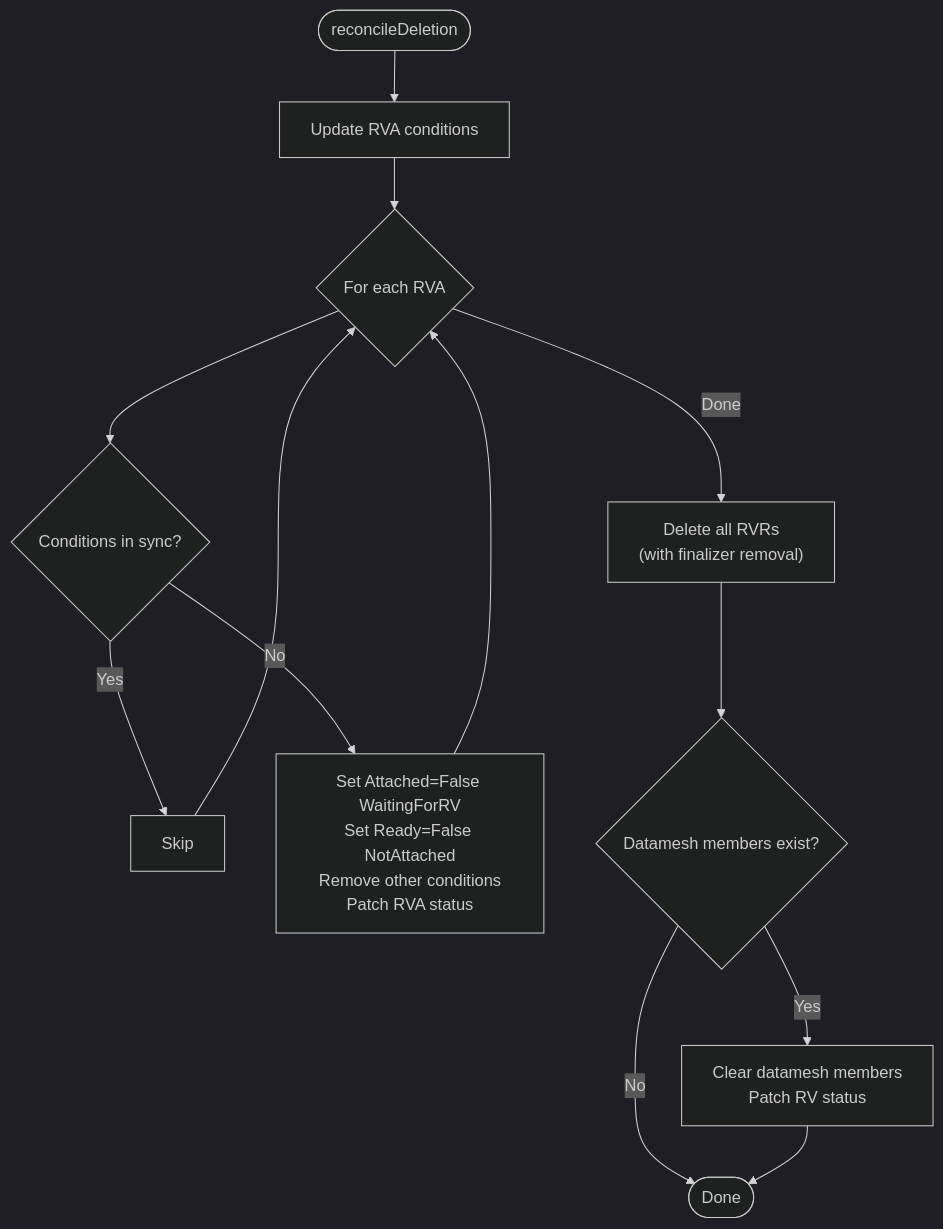
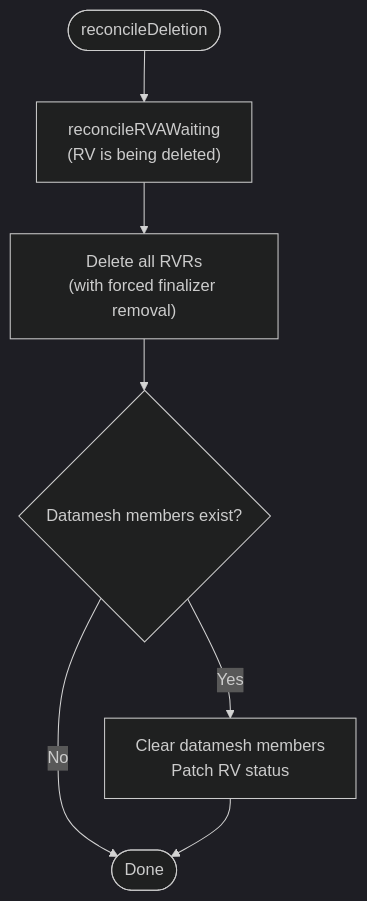
One commit to deckhouse/sds-replicated-volume changed the third of 13 diagrams in images/controller/internal/controllers/rv_controller/README.md. Above: the diagram before and after it, drawn with Mermaid (dark theme). The commit also changed other lines of this file and 79 other files, not shown here.

````diff
--- a/images/controller/internal/controllers/rv_controller/README.md
+++ b/images/controller/internal/controllers/rv_controller/README.md
@@ -283,17 +421,10 @@
 ```mermaid
 flowchart TD
-    Start([reconcileDeletion]) --> UpdateRVAs[Update RVA conditions]
-    UpdateRVAs --> LoopRVA{"For each RVA"}
-    LoopRVA --> CheckRVASync{Conditions in sync?}
-    CheckRVASync -->|Yes| SkipRVA[Skip]
-    CheckRVASync -->|No| PatchRVA["Set Attached=False WaitingForRV<br/>Set Ready=False NotAttached<br/>Remove other conditions<br/>Patch RVA status"]
+    Start([reconcileDeletion]) --> UpdateRVAs["reconcileRVAWaiting<br/>(RV is being deleted)"]
 
-    SkipRVA --> LoopRVA
-    PatchRVA --> LoopRVA
-
-    LoopRVA -->|Done| DeleteRVRs["Delete all RVRs<br/>(with finalizer removal)"]
+    UpdateRVAs --> DeleteRVRs["Delete all RVRs<br/>(with forced finalizer removal)"]
     DeleteRVRs --> CheckMembers{Datamesh members exist?}
     CheckMembers -->|Yes| ClearMembers["Clear datamesh members<br/>Patch RV status"]
     CheckMembers -->|No| End([Done])
     ClearMembers --> End
 ```
````
